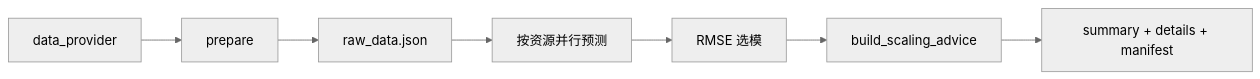
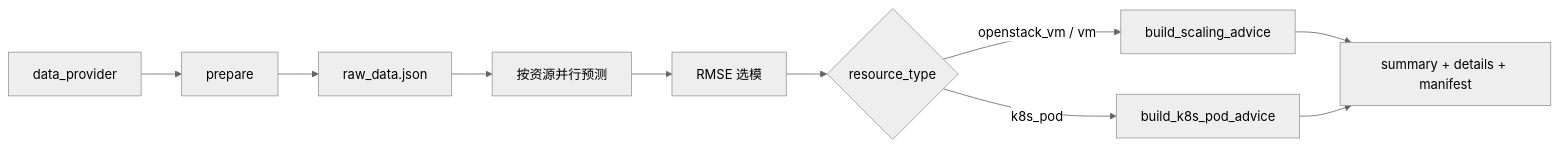
One commit to zorocui/resource_predict changed the second of 7 diagrams in README.md. Above: the diagram before and after it, drawn with Mermaid (neutral theme). The commit also changed other lines of this file and 29 other files, not shown here.

````diff
--- a/README.md
+++ b/README.md
@@ -169,9 +215,12 @@
 ```mermaid
 flowchart LR
-    A[data_provider] --> B[prepare]
-    B --> C[raw_data.json]
-    C --> D[按资源并行预测]
-    D --> E[RMSE 选模]
-    E --> F[build_scaling_advice]
-    F --> G[summary + details + manifest]
+    A["data_provider"] --> B["prepare"]
+    B --> C["raw_data.json"]
+    C --> D["按资源并行预测"]
+    D --> E["RMSE 选模"]
+    E --> F{"resource_type"}
+    F -->|openstack_vm / vm| G["build_scaling_advice"]
+    F -->|k8s_pod| H["build_k8s_pod_advice"]
+    G --> I["summary + details + manifest"]
+    H --> I
 ```
````
